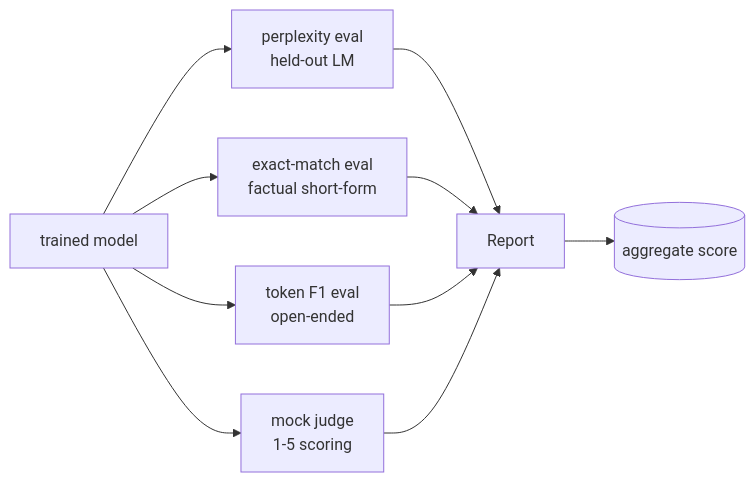
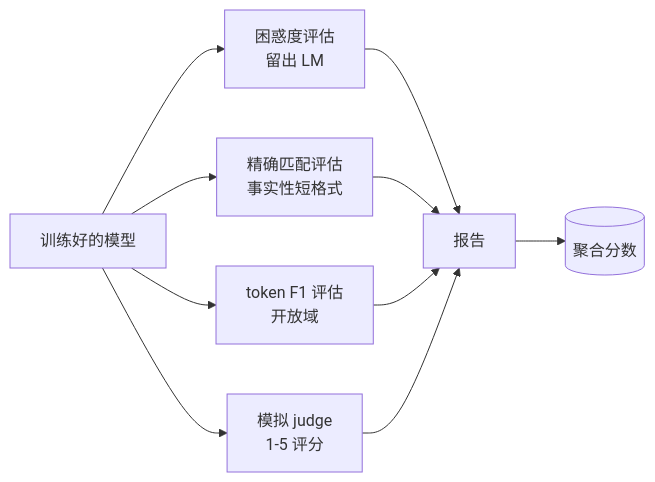
Before and after one commit to guangningsun/ailearning: the first of 3 diagrams in lessons/19-capstone-projects/41-eval-pipeline/docs/zh.md, drawn with Mermaid. The commit also changed other lines of this file and 85 other files, not shown here.

````diff
--- a/lessons/19-capstone-projects/41-eval-pipeline/docs/zh.md
+++ b/lessons/19-capstone-projects/41-eval-pipeline/docs/zh.md
@@ -28,12 +28,12 @@
 ```mermaid
 flowchart LR
-  Model[trained model] --> PPL[perplexity eval<br/>held-out LM]
-  Model --> EM[exact-match eval<br/>factual short-form]
-  Model --> F1[token F1 eval<br/>open-ended]
-  Model --> J[mock judge<br/>1-5 scoring]
-  PPL --> R[Report]
+  Model[训练好的模型] --> PPL[困惑度评估<br/>留出 LM]
+  Model --> EM[精确匹配评估<br/>事实性短格式]
+  Model --> F1[token F1 评估<br/>开放域]
+  Model --> J[模拟 judge<br/>1-5 评分]
+  PPL --> R[报告]
   EM --> R
   F1 --> R
   J --> R
-  R --> A[(aggregate score)]
+  R --> A[(聚合分数)]
 ```
````
